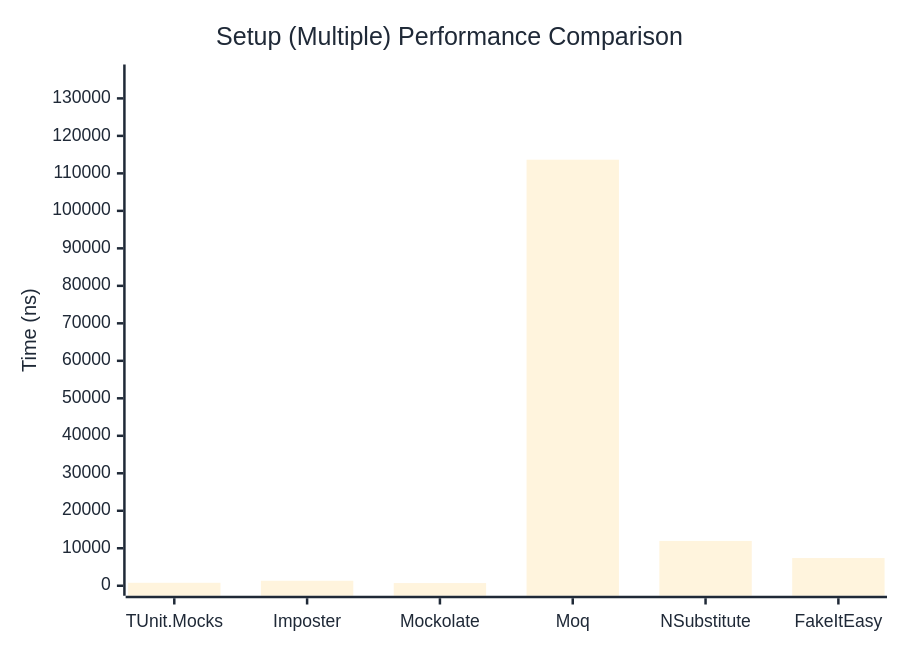
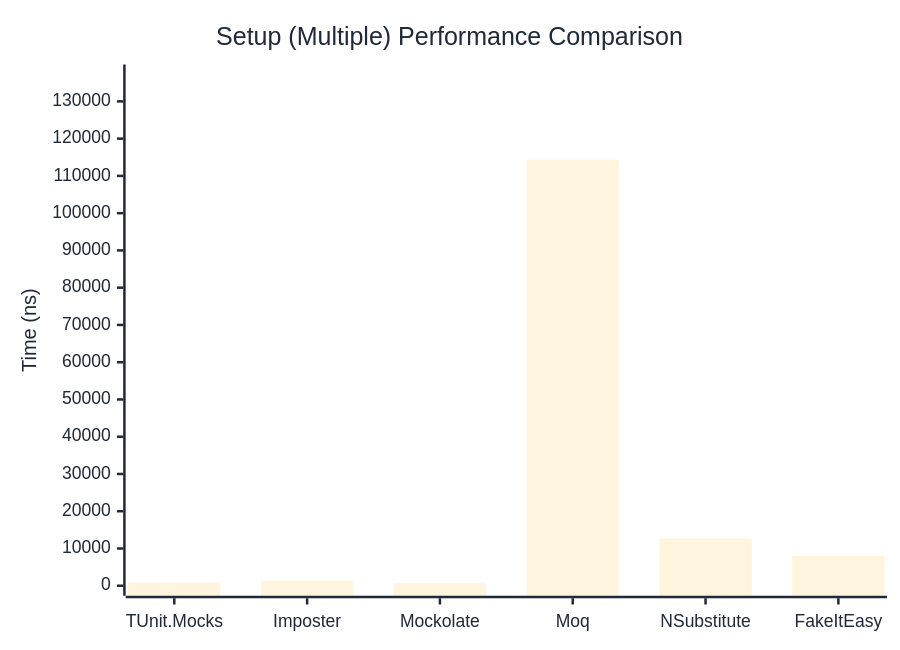
Before and after one commit to thomhurst/TUnit: the second of 2 diagrams in docs/docs/benchmarks/mocks/Setup.md, drawn with Mermaid. The commit also changed other lines of this file and 14 other files, not shown here.

````diff
--- a/docs/docs/benchmarks/mocks/Setup.md
+++ b/docs/docs/benchmarks/mocks/Setup.md
@@ -69,27 +69,27 @@
 ```mermaid
 %%{init: {
   'theme':'base',
   'themeVariables': {
     'primaryColor': '#2563eb',
     'primaryTextColor': '#1f2937',
     'primaryBorderColor': '#1e40af',
     'lineColor': '#6b7280',
     'secondaryColor': '#7c3aed',
     'tertiaryColor': '#dc2626',
     'background': '#ffffff',
     'pie1': '#2563eb',
     'pie2': '#7c3aed',
     'pie3': '#dc2626',
     'pie4': '#f59e0b',
     'pie5': '#10b981',
     'pie6': '#06b6d4',
     'pie7': '#ec4899',
     'pie8': '#6366f1'
   }
 }}%%
 xychart-beta
   title "Setup (Multiple) Performance Comparison"
   x-axis ["TUnit.Mocks", "Imposter", "Mockolate", "Moq", "NSubstitute", "FakeItEasy"]
-  y-axis "Time (ns)" 0 --> 136374
-  bar [786.5, 1330.7, 712.5, 113644.6, 11953, 7393]
+  y-axis "Time (ns)" 0 --> 137215
+  bar [827.4, 1400.4, 727.7, 114345.2, 12662, 8066.6]
 ```
````
